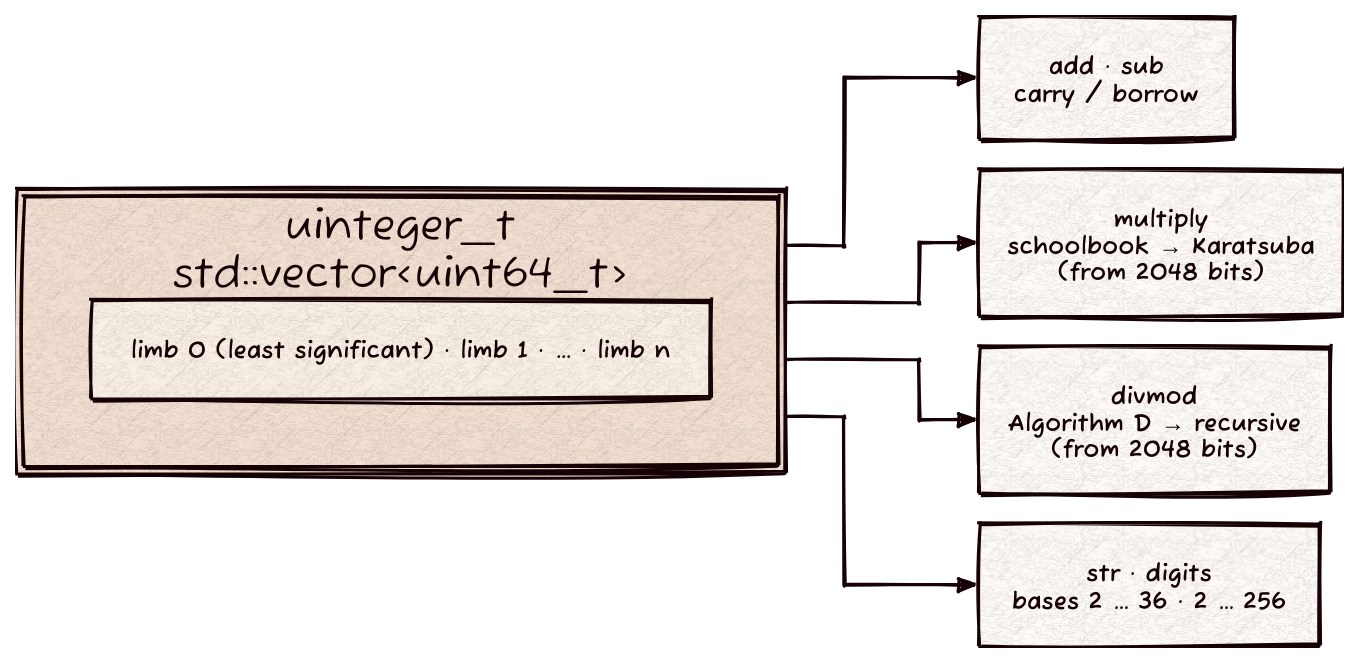
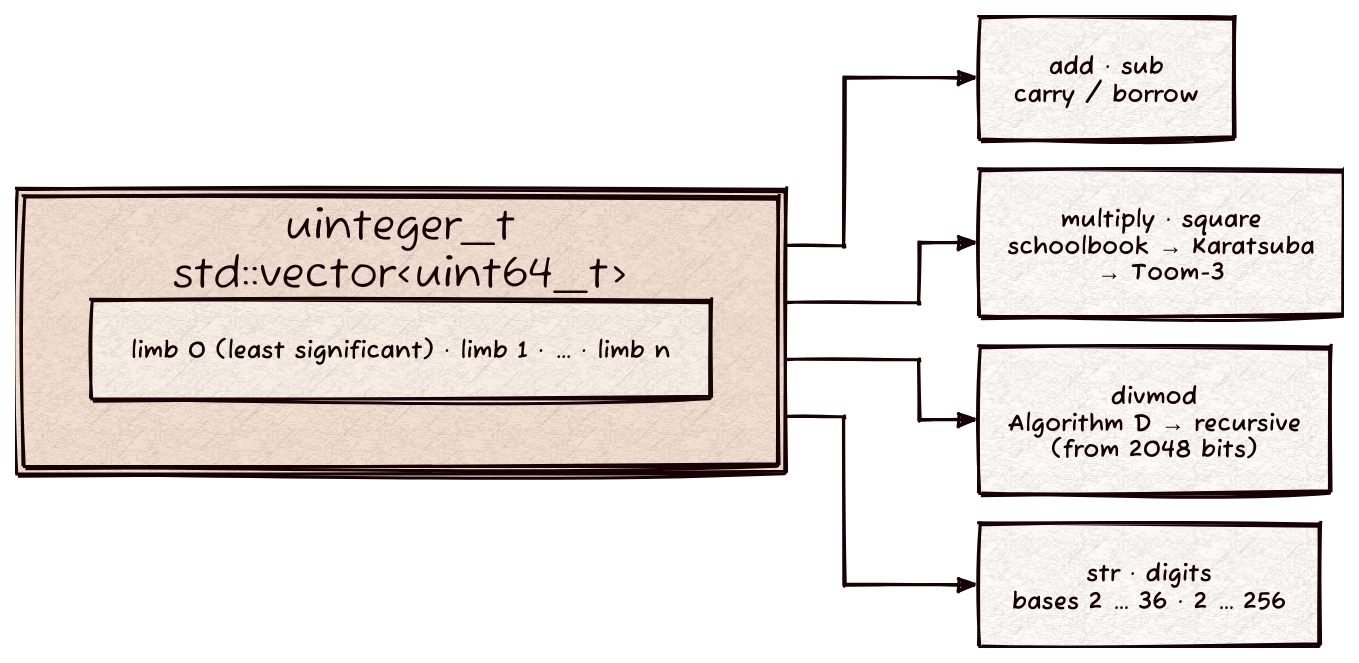
Before and after one commit to Kronuz/uinteger_t: the diagram in docs/uinteger_t.d2, drawn with D2. The commit also changed 3 other files, not shown here.

First line of the commit message:
Show Toom-3 in the README and diagram; fix the c3 formula

```diff
--- a/docs/uinteger_t.d2
+++ b/docs/uinteger_t.d2
@@ -1,27 +1,27 @@
 # uinteger_t: little-endian 64-bit limbs, and the algorithm each size gets.
 # Render: ~/.agents/skills/d2-diagrams/scripts/render.sh docs/uinteger_t.d2
 vars: { d2-config: { layout-engine: elk; theme-id: 302; sketch: true; pad: 24 } }
 direction: right
 
 value: uinteger_t {
   limbs: "limb 0 (least significant) · limb 1 · … · limb n"
   label: "uinteger_t\nstd::vector<uint64_t>"
 }
 
 add: "+ −" {
   label: "add · sub\ncarry / borrow"
 }
 mul: "×" {
-  label: "multiply\nschoolbook → Karatsuba\n(from 2048 bits)"
+  label: "multiply · square\nschoolbook → Karatsuba\n→ Toom-3"
 }
 div: "÷ %" {
   label: "divmod\nAlgorithm D → recursive\n(from 2048 bits)"
 }
 text: strings {
   label: "str · digits\nbases 2 … 36 · 2 … 256"
 }
 
 value -> add
 value -> mul
 value -> div
 value -> text
```
